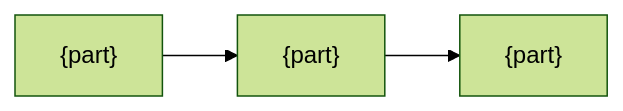
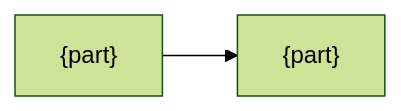
The diagram in .rn/templates/design.md (lovaizu/telldes), drawn with Mermaid (forest theme) before and after one commit. The commit also changed other lines of this file and 1 other file, not shown here.

````diff
--- a/.rn/templates/design.md
+++ b/.rn/templates/design.md
@@ -16,4 +32,4 @@
 ```mermaid
 flowchart LR
-  A["{part}"] --> B["{part}"] --> C["{part}"]
+  A["{part}"] --> B["{part}"]
 ```
````
